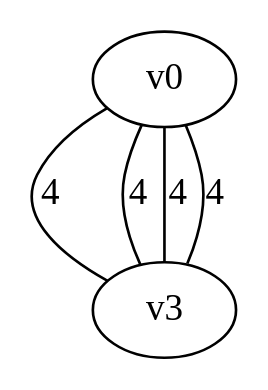
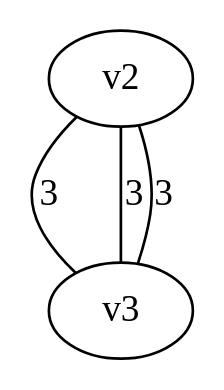
Before and after one commit to japie1235813/Algo_PA3: the diagram in outputs/gn4_bfs_2.dot, drawn with Graphviz. The commit also changed 4 other files, not shown here.

```diff
--- a/outputs/gn4_bfs_2.dot
+++ b/outputs/gn4_bfs_2.dot
@@ -1,6 +1,5 @@
 graph gn4_bfs {
-v0 -- v3 [label = "4"];
-v0 -- v3 [label = "4"];
-v0 -- v3 [label = "4"];
-v0 -- v3 [label = "4"];
+v2 -- v3 [label = "3"];
+v2 -- v3 [label = "3"];
+v2 -- v3 [label = "3"];
 }
```
